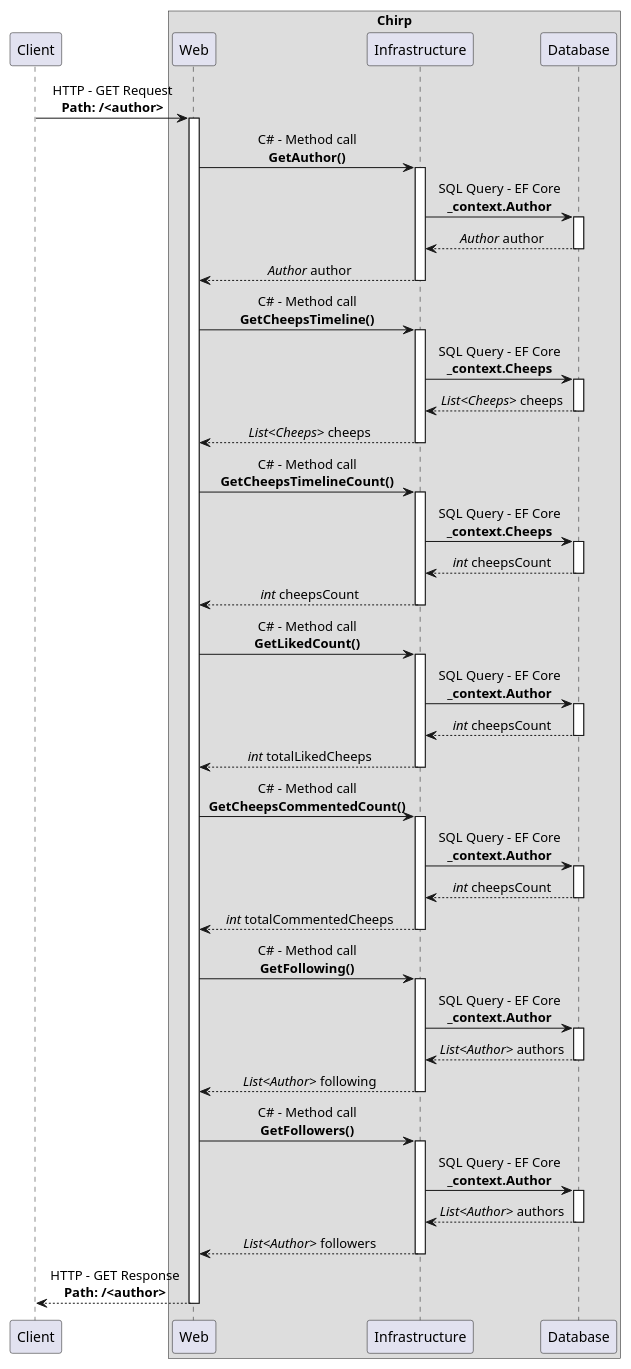
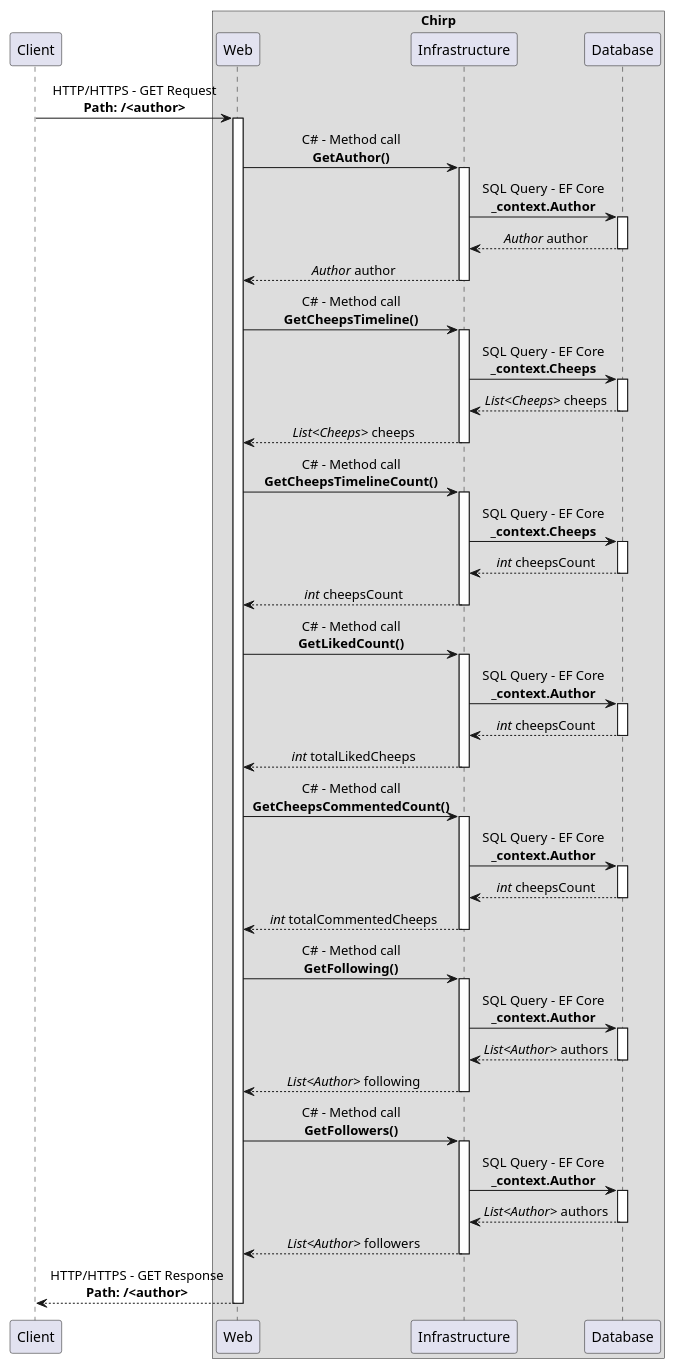
Before and after one commit to ITU-BDSA2024-GROUP17/Chirp: the diagram in docs/diagrams/page-fetch-sequence-diagram.pu, drawn with PlantUML. The commit also changed 3 other files, not shown here.

Commit message:
Changed http to also include https

```diff
--- a/docs/diagrams/page-fetch-sequence-diagram.pu
+++ b/docs/diagrams/page-fetch-sequence-diagram.pu
@@ -1,70 +1,70 @@
 @startuml page-fetch-sequence-diagram
 participant Client
 
 box Chirp
 participant Web
 participant Infrastructure
 participant Database
 end box
 
 skinparam sequenceMessageAlign center
 
-Client -> Web ++ : HTTP - GET Request\n**Path: /<author>**
+Client -> Web ++ : HTTP/HTTPS - GET Request\n**Path: /<author>**
 
 Web -> Infrastructure ++ : C# - Method call\n**GetAuthor()**
 
 Infrastructure -> Database ++ : SQL Query - EF Core\n**_context.Author**
 return //Author// author
 
 return //Author// author
 
 
 Web -> Infrastructure ++ : C# - Method call\n**GetCheepsTimeline()**
 
 Infrastructure -> Database ++ : SQL Query - EF Core\n**_context.Cheeps**
 return //List<Cheeps>// cheeps
 
 return //List<Cheeps>// cheeps
 
 
 Web -> Infrastructure ++ : C# - Method call\n**GetCheepsTimelineCount()**
 
 Infrastructure -> Database ++ : SQL Query - EF Core\n**_context.Cheeps**
 return //int// cheepsCount
 
 return //int// cheepsCount
 
 
 Web -> Infrastructure ++ : C# - Method call\n**GetLikedCount()**
 
 Infrastructure -> Database ++ : SQL Query - EF Core\n**_context.Author**
 return //int// cheepsCount
 
 return //int// totalLikedCheeps
 
 
 Web -> Infrastructure ++ : C# - Method call\n**GetCheepsCommentedCount()**
 
 Infrastructure -> Database ++ : SQL Query - EF Core\n**_context.Author**
 return //int// cheepsCount
 
 return //int// totalCommentedCheeps
 
 
 Web -> Infrastructure ++ : C# - Method call\n**GetFollowing()**
 
 Infrastructure -> Database ++ : SQL Query - EF Core\n**_context.Author**
 return //List<Author>// authors
 
 return //List<Author>// following
 
 
 Web -> Infrastructure ++ : C# - Method call\n**GetFollowers()**
 
 Infrastructure -> Database ++ : SQL Query - EF Core\n**_context.Author**
 return //List<Author>// authors
 
 return //List<Author>// followers
 
-return HTTP - GET Response\n**Path: /<author>**
+return HTTP/HTTPS - GET Response\n**Path: /<author>**
 @enduml
```
